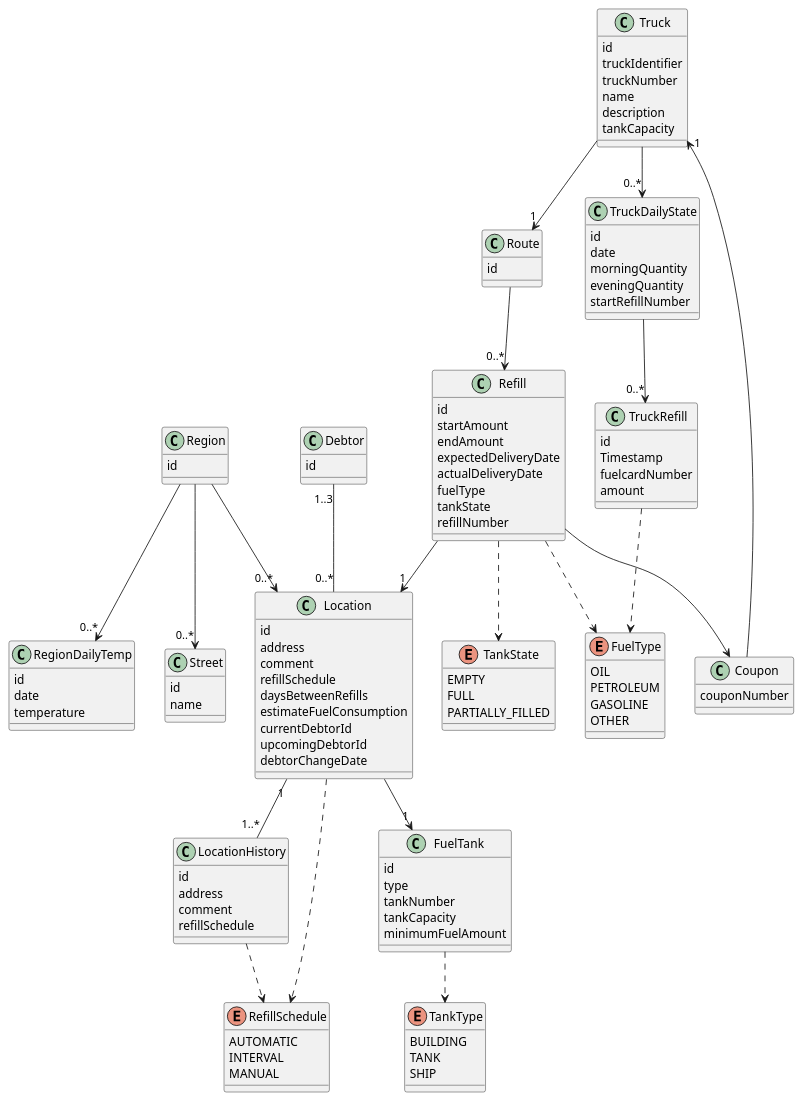
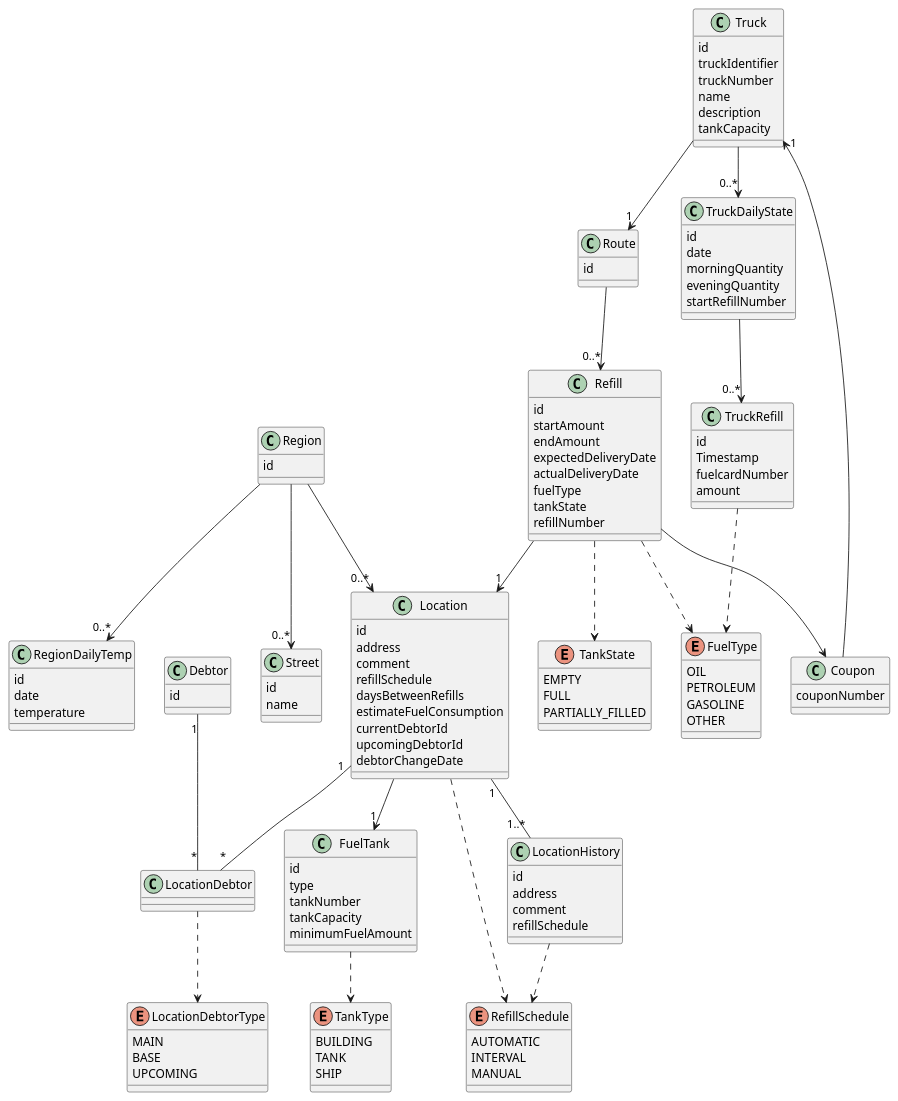
The diagram in docs/entity-datamodel.md (IT-Minds/client_comby_oilcontrols), drawn with PlantUML before and after one commit.

Commit message:
updated the dm diagram.

````diff
--- a/docs/entity-datamodel.md
+++ b/docs/entity-datamodel.md
@@ -89,6 +89,10 @@
   id
 }
 
+class LocationDebtor {
+
+}
+
 enum FuelType {
   OIL
   PETROLEUM
@@ -118,6 +122,12 @@
   couponNumber
 }
 
+enum LocationDebtorType {
+  MAIN
+  BASE
+  UPCOMING
+}
+
 Truck --> "1" Route
 Route --> "0..*" Refill
 Refill --> "1" Location
@@ -132,11 +142,13 @@
 TruckDailyState --> "0..*" TruckRefill
 TruckRefill ..> FuelType
 Region --> "0..*" Street
-Debtor "1..3" -- "0..*" Location
+Debtor "1" -- "*" LocationDebtor
+Location "1" -- "*" LocationDebtor
 Location --> "1" FuelTank
 Location ..> RefillSchedule
 LocationHistory ..> RefillSchedule
 Location "1" -- "1..*" LocationHistory
+LocationDebtor ..> LocationDebtorType
 @enduml
 
 ```
````
